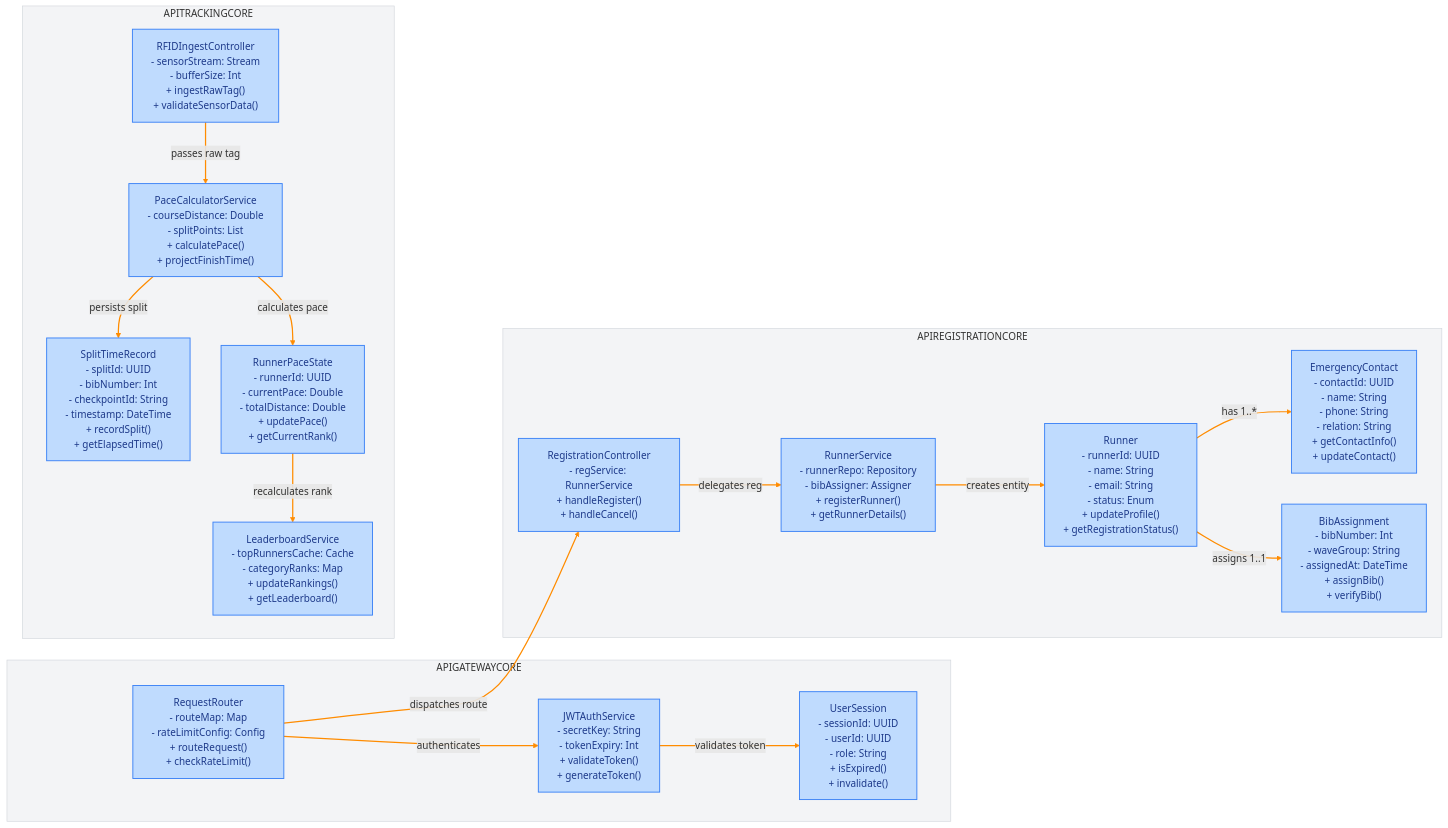
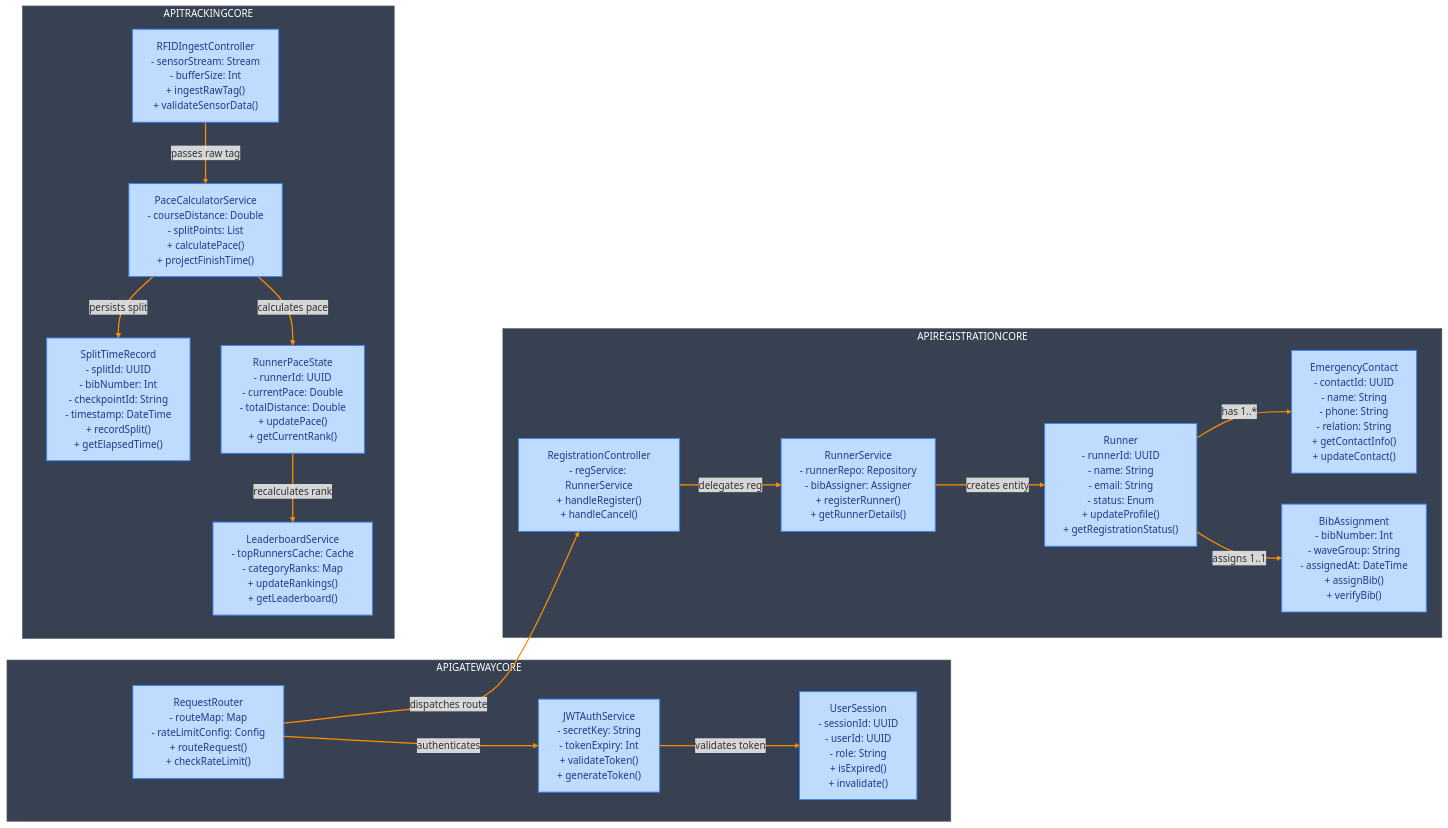
Before and after one commit to Georges034302/Templates: the third of 3 diagrams in UrbanMarathon-C4-Model.md, drawn with Mermaid. The commit also changed other lines of this file, not shown here.

Commit message:
Update styling and structure in Mermaid diagrams

```diff
--- a/UrbanMarathon-C4-Model.md
+++ b/UrbanMarathon-C4-Model.md
@@ -157,6 +155,7 @@
 flowchart LR
     %% Styling Definitions
     classDef classStyle fill:#BFDBFE,stroke:#3B82F6,stroke-width:1.5px,color:#1E3A8A;
+    classDef darkSub fill:#374151,stroke:#4B5563,stroke-width:1px,color:#FFFFFF;
 
     subgraph APIGATEWAYCORE ["APIGATEWAYCORE"]
         RequestRouter["RequestRouter
@@ -240,15 +239,11 @@
 + getLeaderboard()"]
     end
 
-    %% Apply Component Styles
+    %% Apply Styles to Nodes and Subgraphs
     class RequestRouter,JWTAuthService,UserSession classStyle;
     class RegistrationController,RunnerService,Runner,EmergencyContact,BibAssignment classStyle;
     class RFIDIngestController,PaceCalculatorService,SplitTimeRecord,RunnerPaceState,LeaderboardService classStyle;
-
-    %% Subgraph Background Styling
-    style APIGATEWAYCORE fill:#F3F4F6,stroke:#D1D5DB,stroke-width:1px;
-    style APIREGISTRATIONCORE fill:#F3F4F6,stroke:#D1D5DB,stroke-width:1px;
-    style APITRACKINGCORE fill:#F3F4F6,stroke:#D1D5DB,stroke-width:1px;
+    class APIGATEWAYCORE,APIREGISTRATIONCORE,APITRACKINGCORE darkSub;
 
     %% Global Link Styling for Orange Arrows
     linkStyle default stroke:#FF8C00,stroke-width:2px;
```
